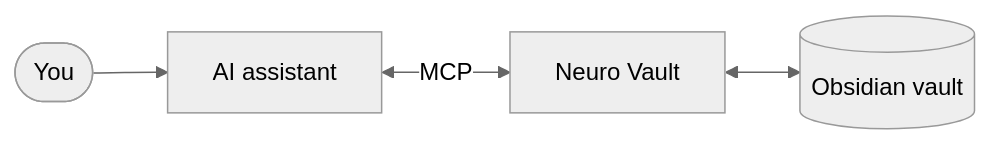
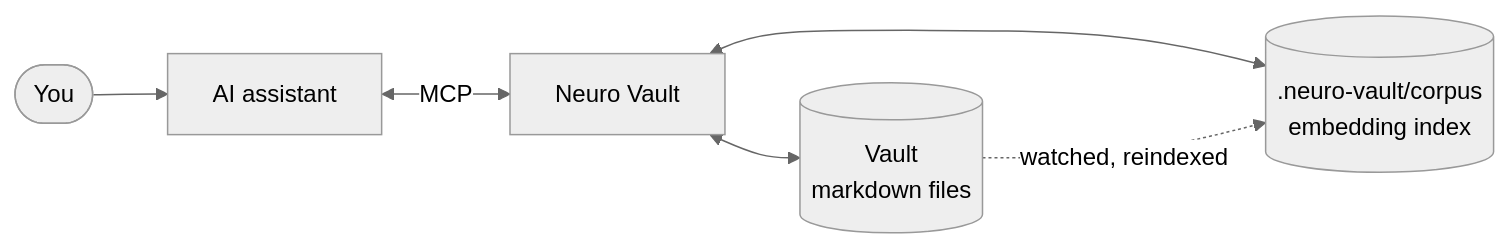
The diagram in README.md (AlexMost/neuro-vault), drawn with Mermaid (neutral theme) before and after one commit. The commit also changed other lines of this file and 1 other file, not shown here.

First line of the commit message:
docs(readme): sell Obsidian-optional operation and MongoDB-style queries

````diff
--- a/README.md
+++ b/README.md
@@ -82,6 +107,8 @@
 ```mermaid
 flowchart LR
     You([You]) --> AI[AI assistant]
     AI <-->|MCP| NV[Neuro Vault]
-    NV <--> Vault[(Obsidian vault)]
+    NV <--> Vault[("Vault<br/>markdown files")]
+    NV <--> Corpus[(".neuro-vault/corpus<br/>embedding index")]
+    Vault -.->|watched, reindexed| Corpus
 ```
````
